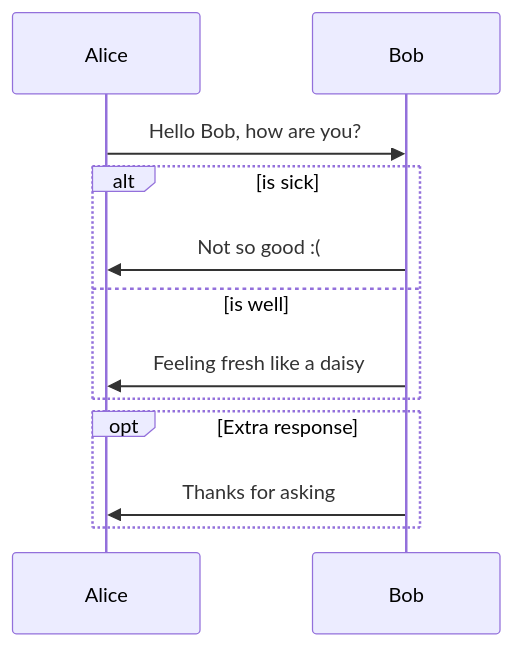
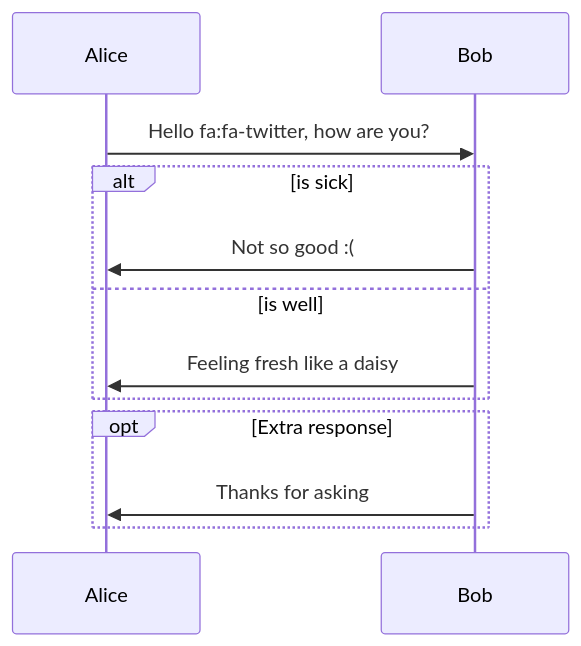
Before and after one commit to fabricejumel/fabricejumel.github.io: the eighth of 13 diagrams in _posts/2017-10-31-test-mermaid.md, drawn with Mermaid.

```diff
--- a/_posts/2017-10-31-test-mermaid.md
+++ b/_posts/2017-10-31-test-mermaid.md
@@ -129,12 +129,12 @@
 <div class="mermaid">	
     sequenceDiagram
-	    Alice->>Bob: Hello Bob, how are you?
+	    Alice->>Bob: Hello fa:fa-twitter, how are you?
 	    alt is sick
 	    Bob->>Alice: Not so good :(
 	    else is well
 	    Bob->>Alice: Feeling fresh like a daisy
 	    end
 	    opt Extra response
 	    Bob->>Alice: Thanks for asking
 	    end
 </div>
```
